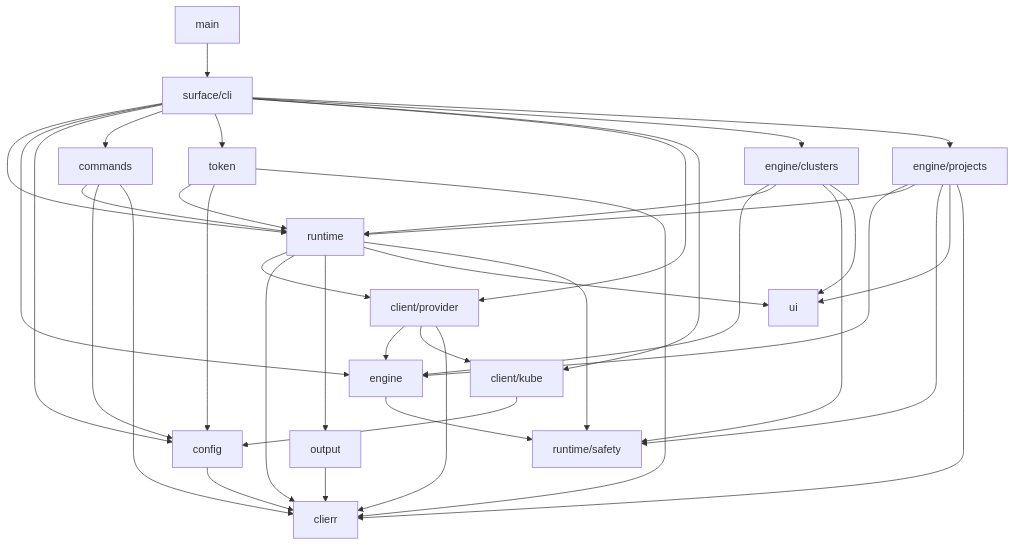
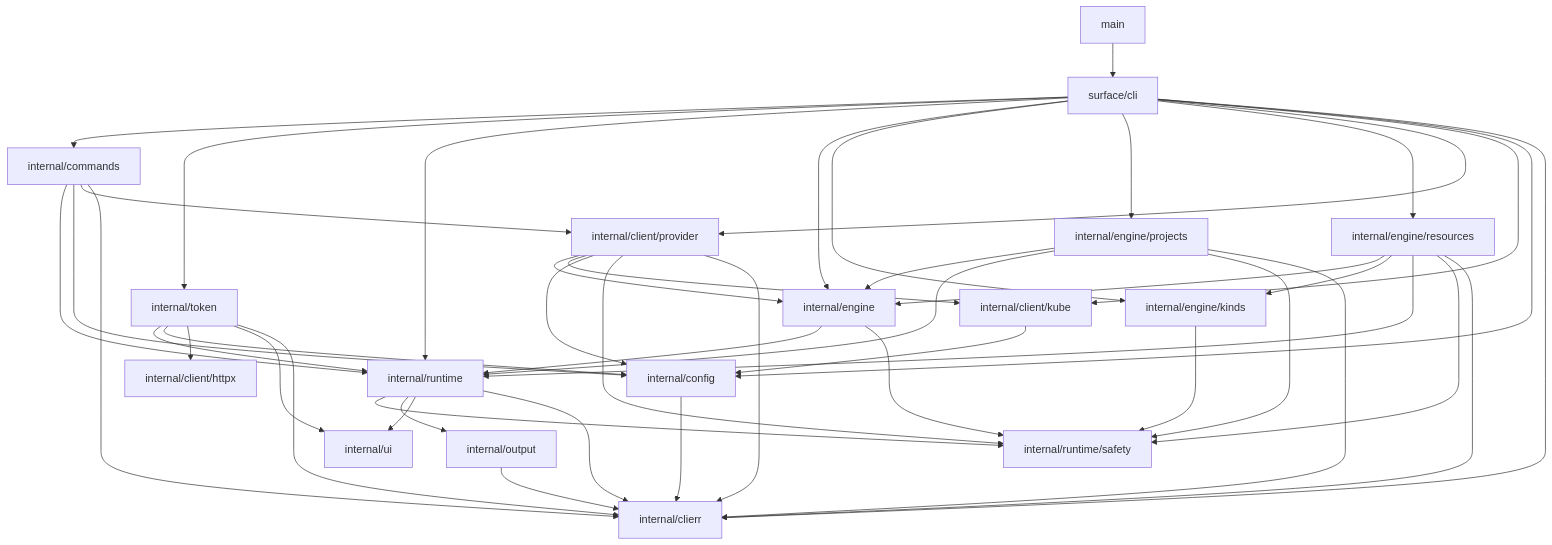
Before and after one commit to rancher/rancher-cli: the diagram in ARCHITECTURE.md, drawn with Mermaid. The commit also changed other lines of this file and 1 other file, not shown here.

First line of the commit message:
Rewrite the architecture doc and fail the build when its diagram drifts

````diff
--- a/ARCHITECTURE.md
+++ b/ARCHITECTURE.md
@@ -28,49 +63,78 @@
 ```mermaid
 graph TD
-    main --> surfacecli["surface/cli"]
-    surfacecli --> runtime["runtime"]
-    surfacecli --> engine["engine"]
-    surfacecli --> config["config"]
-    surfacecli --> commands["commands"]
-    surfacecli --> token["token"]
-    surfacecli --> provider["client/provider"]
-    surfacecli --> kube["client/kube"]
-    surfacecli --> clusters["engine/clusters"]
-    surfacecli --> projects["engine/projects"]
+    main["main"]
+    cli["surface/cli"]
+    commands["internal/commands"]
+    token["internal/token"]
+    runtime["internal/runtime"]
+    safety["internal/runtime/safety"]
+    engine["internal/engine"]
+    kinds["internal/engine/kinds"]
+    resources["internal/engine/resources"]
+    projects["internal/engine/projects"]
+    config["internal/config"]
+    provider["internal/client/provider"]
+    kube["internal/client/kube"]
+    httpx["internal/client/httpx"]
+    output["internal/output"]
+    clierr["internal/clierr"]
+    ui["internal/ui"]
 
-    runtime --> provider
-    runtime --> clierr["clierr"]
-    runtime --> output["output"]
-    runtime --> ui["ui"]
-    runtime --> safety["runtime/safety"]
+    main --> cli
+
+    cli --> commands
+    cli --> token
+    cli --> runtime
+    cli --> engine
+    cli --> kinds
+    cli --> projects
+    cli --> resources
+    cli --> provider
+    cli --> kube
+    cli --> config
+    cli --> clierr
 
     commands --> runtime
     commands --> config
+    commands --> provider
     commands --> clierr
 
     token --> runtime
     token --> config
+    token --> httpx
+    token --> ui
     token --> clierr
 
-    provider --> engine
-    provider --> kube
-    provider --> clierr
+    runtime --> safety
+    runtime --> output
+    runtime --> ui
+    runtime --> clierr
 
-    clusters --> engine
-    clusters --> runtime
-    clusters --> safety
-    clusters --> ui
+    engine --> runtime
+    engine --> safety
+
+    kinds --> safety
+
+    resources --> engine
+    resources --> kinds
+    resources --> runtime
+    resources --> safety
+    resources --> clierr
 
     projects --> engine
     projects --> runtime
     projects --> safety
-    projects --> ui
     projects --> clierr
 
-    engine --> safety
+    provider --> engine
+    provider --> kube
+    provider --> config
+    provider --> safety
+    provider --> clierr
 
     kube --> config
 
     config --> clierr
+
     output --> clierr
 ```
````
